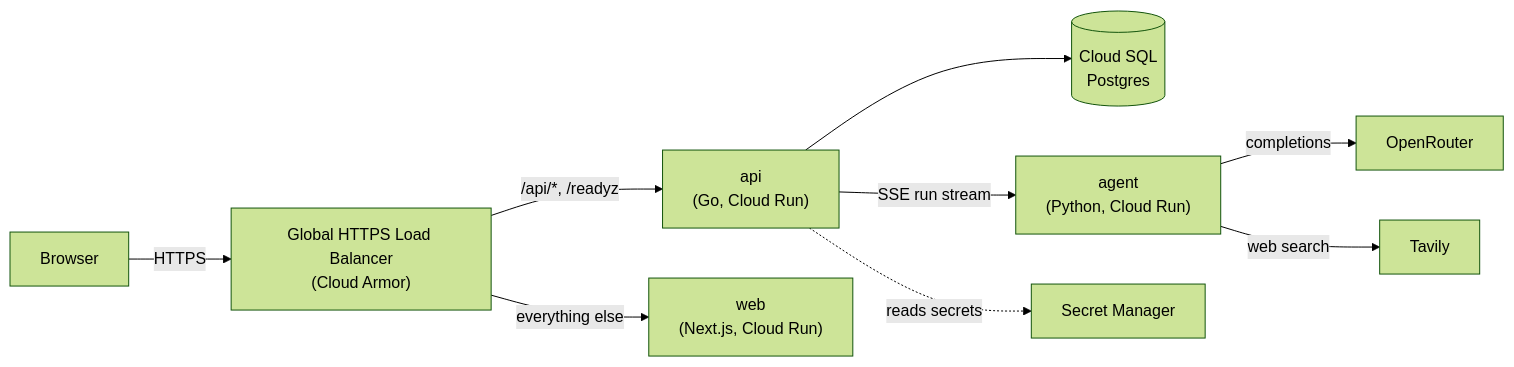
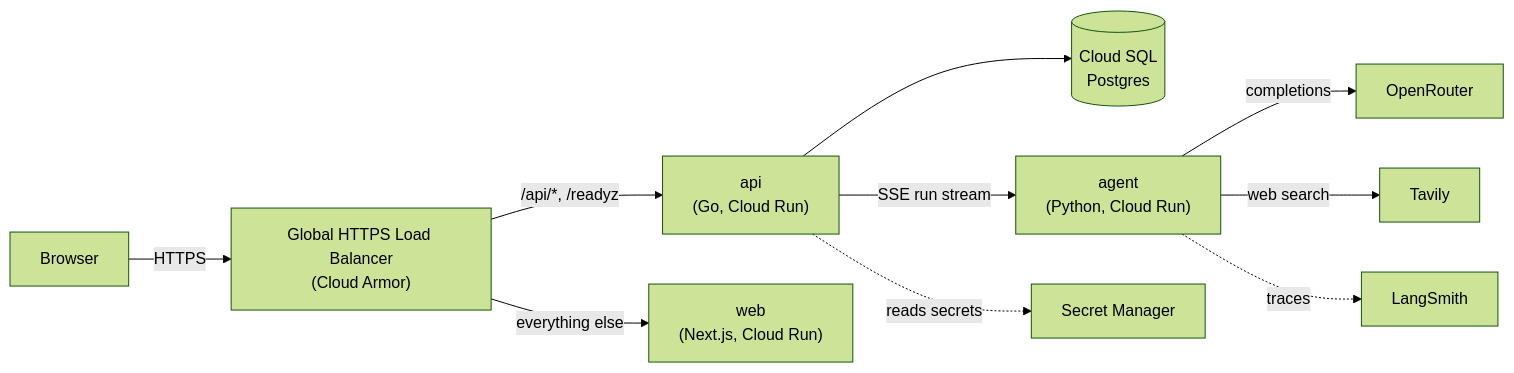
The first of 2 diagrams in docs/architecture.md (ALucek/chat-lucek), drawn with Mermaid (forest theme) before and after one commit. The commit also changed other lines of this file and 10 other files, not shown here.

````diff
--- a/docs/architecture.md
+++ b/docs/architecture.md
@@ -5,11 +5,12 @@
 ```mermaid
 flowchart LR
     Browser -->|HTTPS| LB["Global HTTPS Load Balancer<br/>(Cloud Armor)"]
     LB -->|"/api/*, /readyz"| API["api<br/>(Go, Cloud Run)"]
     LB -->|everything else| WEB["web<br/>(Next.js, Cloud Run)"]
     API --> DB[("Cloud SQL<br/>Postgres")]
     API -->|SSE run stream| AGENT["agent<br/>(Python, Cloud Run)"]
     AGENT -->|completions| LLM["OpenRouter"]
     AGENT -->|web search| TAVILY["Tavily"]
+    AGENT -.->|traces| LS["LangSmith"]
     API -.->|reads secrets| SM["Secret Manager"]
 ```
````
